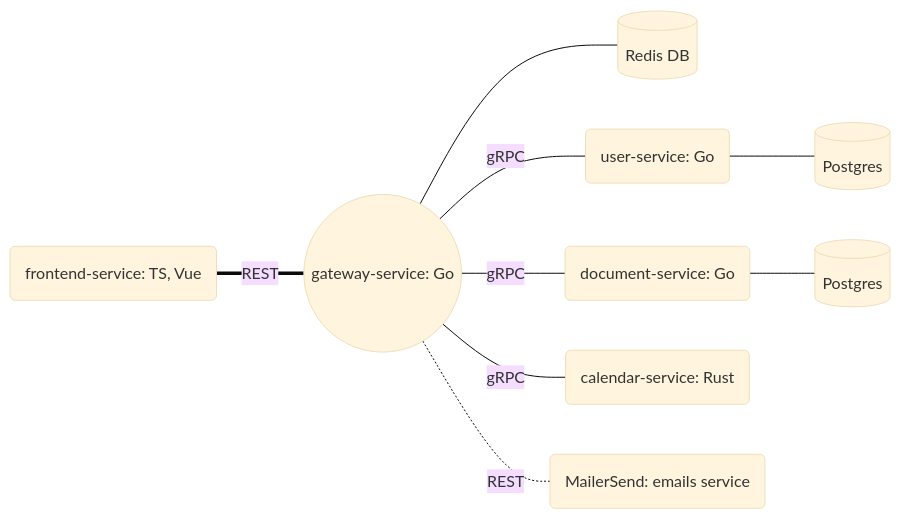
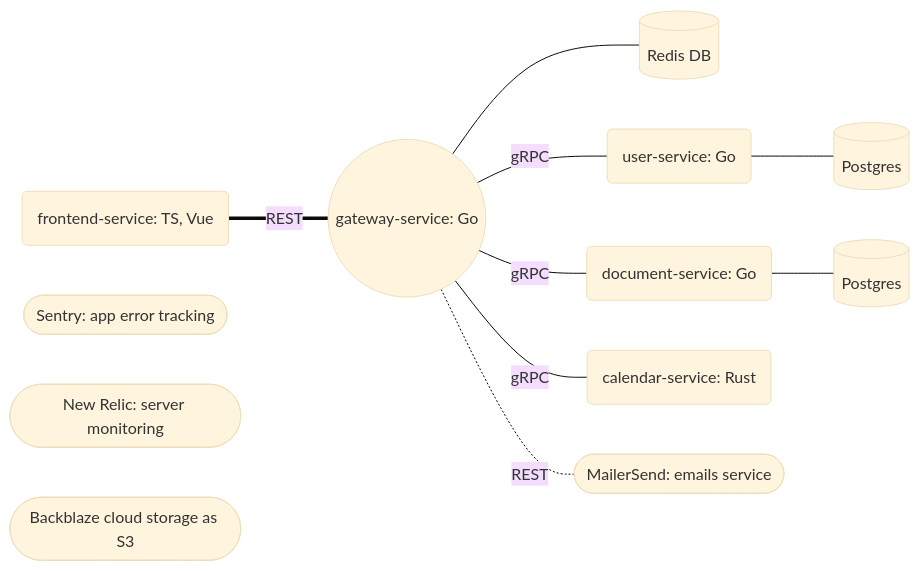
The diagram in README.md (samgozman/validity.red), drawn with Mermaid (base theme) before and after one commit.

Commit message:
Add integrations for chart

````diff
--- a/README.md
+++ b/README.md
@@ -14,14 +14,18 @@
 ```mermaid
 graph LR
     A(frontend-service: TS, Vue) === |REST| B((gateway-service: Go))
     B --- J[(Redis DB)]
     B --- |gRPC| C(user-service: Go) --- F[(Postgres)]
     B --- |gRPC| D(document-service: Go) --- G[(Postgres)]
     B --- |gRPC| E(calendar-service: Rust)
-    B -.- |REST| H(MailerSend: emails service)
+    B -.- |REST| H([MailerSend: emails service])
+    K([Sentry: app error tracking])
+    L([New Relic: server monitoring])
+    M([Backblaze cloud storage as S3])
+    
     click A "https://github.com/samgozman/validity.red/tree/main/frontend-service" "Frontend SPA written in VueJS and TypeScript"
     click B "https://github.com/samgozman/validity.red/tree/main/gateway-service" "Gateway service written in Go"
     click C "https://github.com/samgozman/validity.red/tree/main/user-service" "Users service written in Go"
     click D "https://github.com/samgozman/validity.red/tree/main/document-service" "Documents service written in Go"
     click E "https://github.com/samgozman/validity.red/tree/main/calendar-service" "Calendar service written in Rust"
 ```
````
